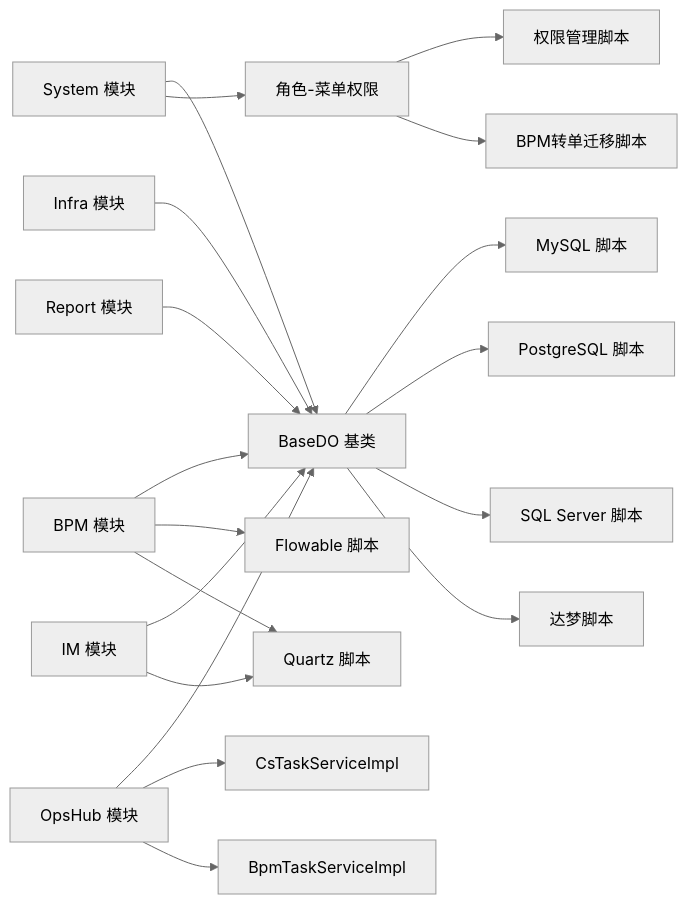
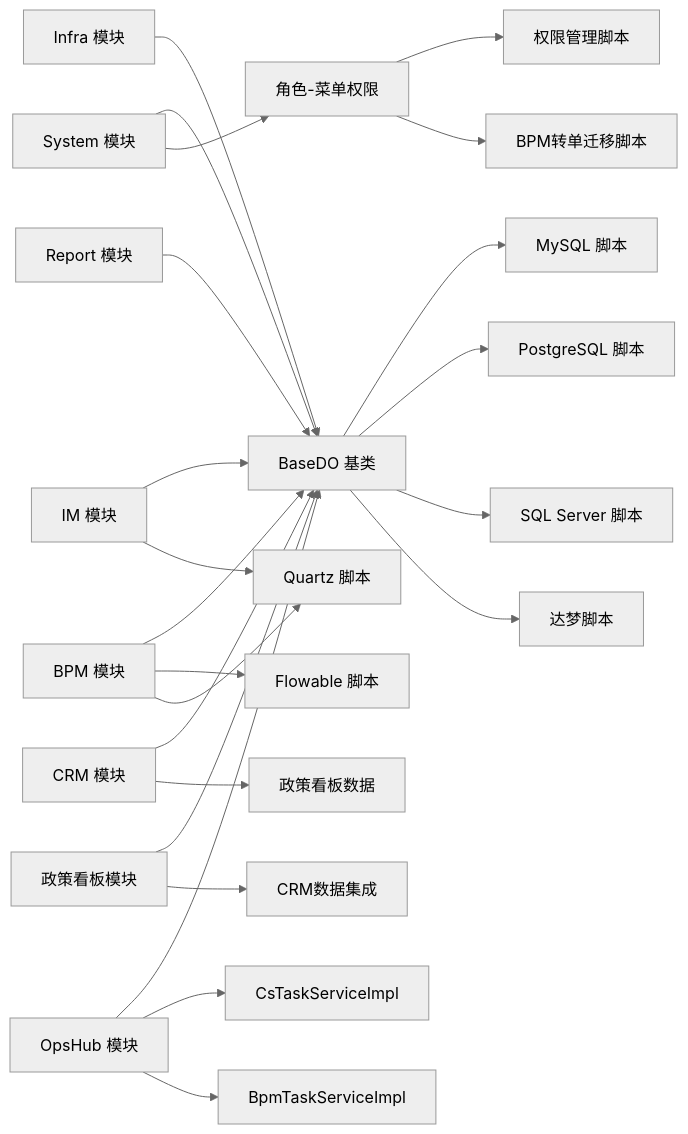
Diagram 11 of 11 in .qoder/repowiki/zh/content/数据库设计/数据库设计.md (xiaoche80s-tech/rouyi-vue-pro), drawn with Mermaid (neutral theme) before and after one commit. The commit also changed other lines of this file and 900 other files, not shown here.

````diff
--- a/.qoder/repowiki/zh/content/数据库设计/数据库设计.md
+++ b/.qoder/repowiki/zh/content/数据库设计/数据库设计.md
@@ -713,21 +931,25 @@
 ```mermaid
 graph LR
 SYS["System 模块"] --> BASE["BaseDO 基类"]
 SYS --> ROLE_MENU["角色-菜单权限"]
 BPM["BPM 模块"] --> BASE
 IM["IM 模块"] --> BASE
 INF["Infra 模块"] --> BASE
 OPS["OpsHub 模块"] --> BASE
 REP["Report 模块"] --> BASE
+CRM["CRM 模块"] --> BASE
+POL["政策看板模块"] --> BASE
 BASE --> MYSQL["MySQL 脚本"]
 BASE --> PG["PostgreSQL 脚本"]
 BASE --> MSSQL["SQL Server 脚本"]
 BASE --> DM["达梦脚本"]
 ROLE_MENU --> PG_SCRIPT["权限管理脚本"]
 ROLE_MENU --> MIGRATION_SCRIPT["BPM转单迁移脚本"]
+POL --> CRM_DATA["CRM数据集成"]
+CRM --> POL_DATA["政策看板数据"]
 BPM --> FLOWABLE["Flowable 脚本"]
 BPM --> QUARTZ["Quartz 脚本"]
 IM --> QUARTZ
 OPS --> CS_TASK_SERVICE["CsTaskServiceImpl"]
 OPS --> BPM_TASK_SERVICE["BpmTaskServiceImpl"]
 ```
````
